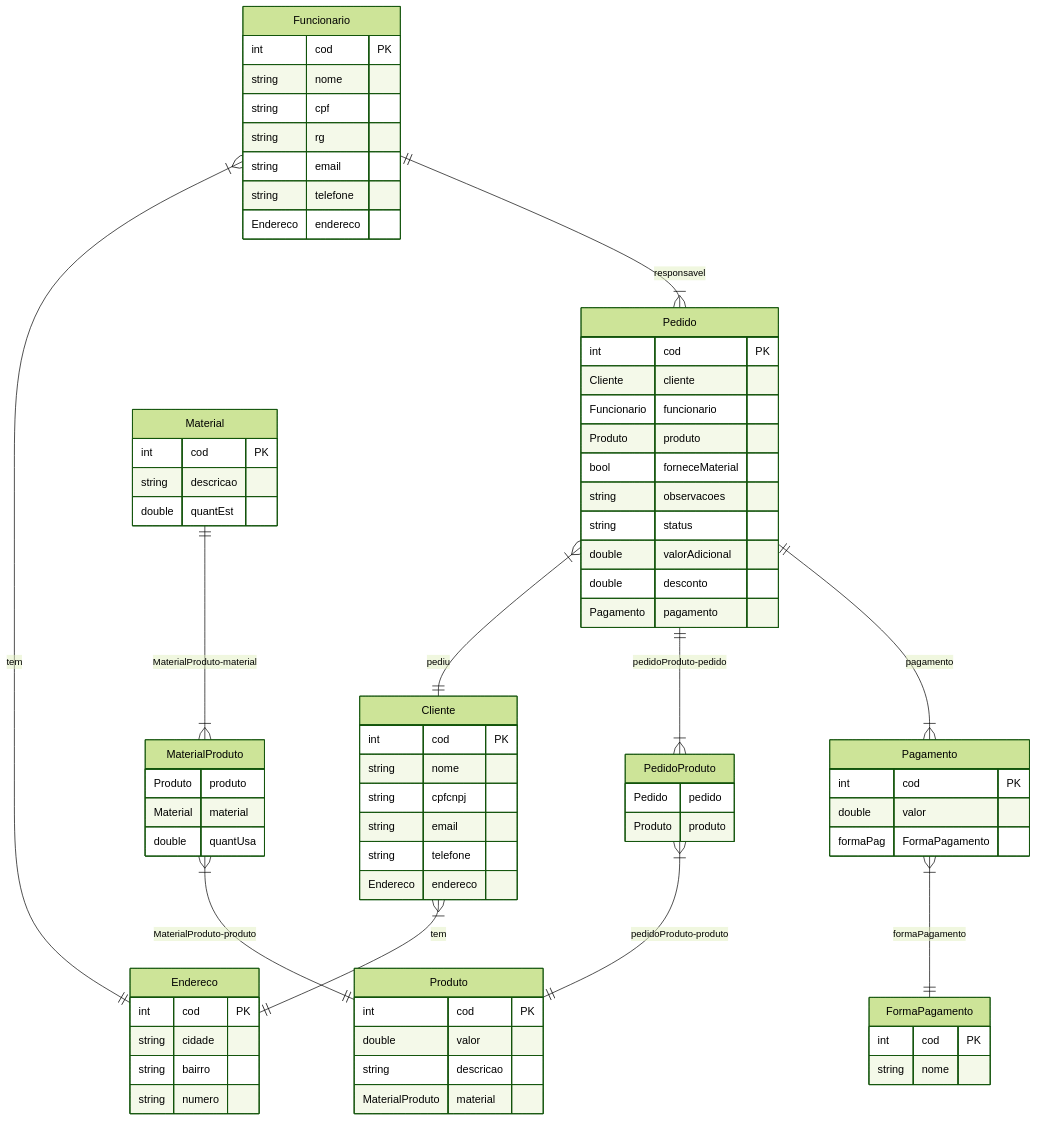
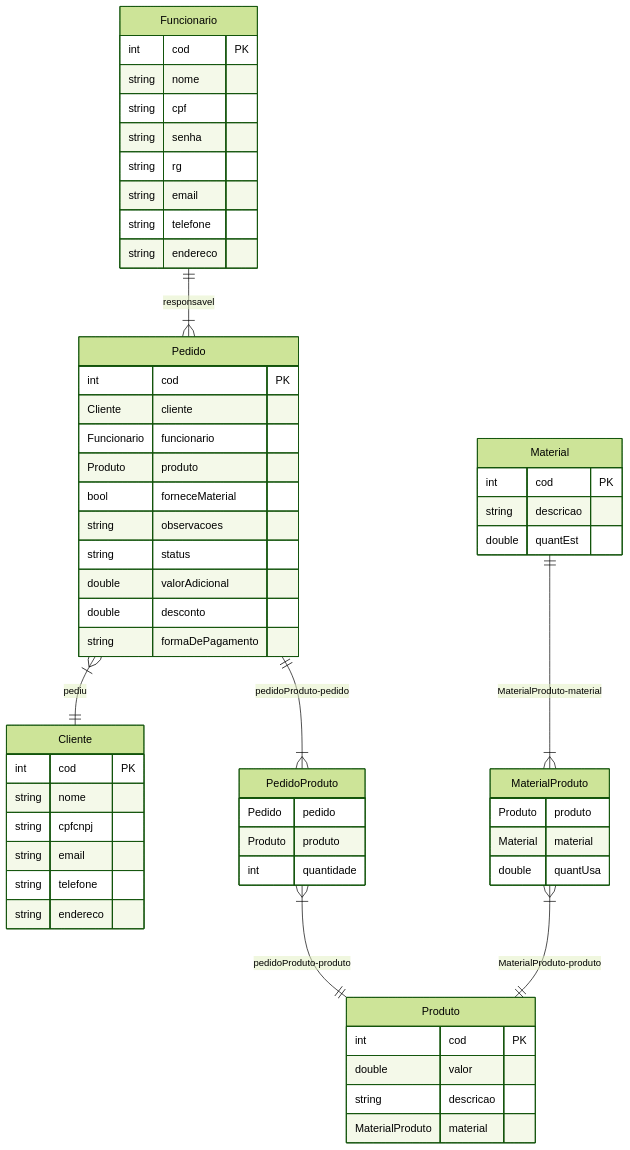
Before and after one commit to GomesLuan/SigBordado: the diagram in doc-modelo.md, drawn with Mermaid (forest theme).

Commit message:
docs. modelo conceitual parte 4 revisao #3
campo quantidade em PeidoProduto
removido Endereco, pagamento e forma de pagamento
campo senha em funcionario

```diff
--- a/doc-modelo.md
+++ b/doc-modelo.md
@@ -9,24 +9,18 @@
         string cpfcnpj
         string email
         string telefone
-        Endereco endereco
+        string endereco
     }
-
-   Endereco {
-      int cod PK
-      string cidade
-      string bairro
-      string numero
-   }
 
    Funcionario {
       int cod PK
       string nome
       string cpf
+      string senha
       string rg
       string email
       string telefone
-      Endereco endereco
+      string endereco
    }
 
    Pedido {
@@ -39,23 +33,13 @@
       string status
       double valorAdicional
       double desconto
-      Pagamento pagamento
-   }
-
-   Pagamento {
-      int cod PK
-      double valor
-      formaPag FormaPagamento
-   }
-
-   FormaPagamento {
-      int cod PK
-      string nome
+      string formaDePagamento
    }
 
    PedidoProduto {
       Pedido pedido
       Produto produto
+      int quantidade
    }
 
    Produto {
@@ -77,13 +61,10 @@
       double quantEst
    }
 
-   Cliente }| -- || Endereco: tem
-   Funcionario }| -- || Endereco: tem
+
    Funcionario || --|{ Pedido: responsavel
    Pedido }| -- || Cliente: pediu
    Pedido || -- |{ PedidoProduto: pedidoProduto-pedido
-   Pedido || -- |{ Pagamento: pagamento
-   Pagamento }| -- || FormaPagamento: formaPagamento
    PedidoProduto }| -- || Produto: pedidoProduto-produto
    MaterialProduto }| -- ||Produto: MaterialProduto-produto
    Material || -- |{ MaterialProduto: MaterialProduto-material
```
